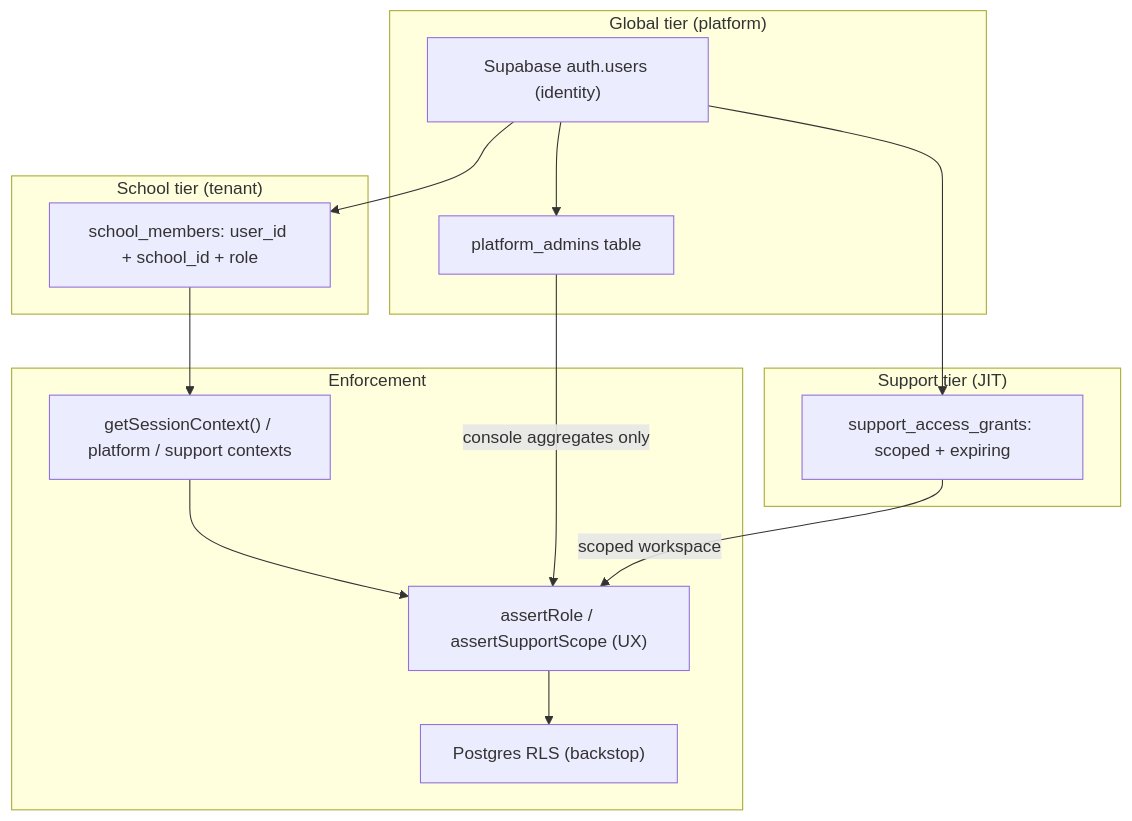
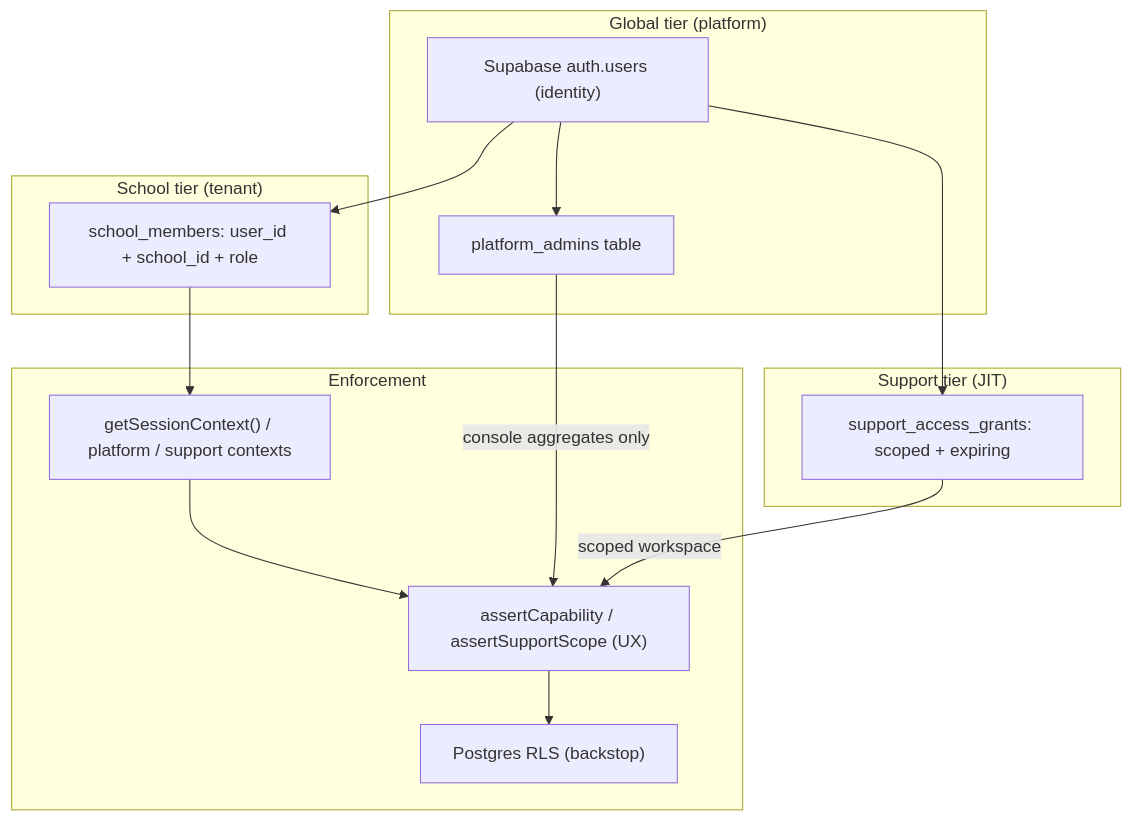
The diagram in docs/architecture/auth/rbac-model.md (khedhar108/EduBridgeAI), drawn with Mermaid before and after one commit. The commit also changed other lines of this file and 206 other files, not shown here.

````diff
--- a/docs/architecture/auth/rbac-model.md
+++ b/docs/architecture/auth/rbac-model.md
@@ -19,24 +19,24 @@
 ```mermaid
 flowchart TD
     subgraph Global["Global tier (platform)"]
         authUsers["Supabase auth.users (identity)"]
         platformAdmins["platform_admins table"]
     end
     subgraph School["School tier (tenant)"]
         members["school_members: user_id + school_id + role"]
     end
     subgraph Support["Support tier (JIT)"]
         grants["support_access_grants: scoped + expiring"]
     end
     subgraph Enforcement["Enforcement"]
         ctx["getSessionContext() / platform / support contexts"]
-        guard["assertRole / assertSupportScope (UX)"]
+        guard["assertCapability / assertSupportScope (UX)"]
         rls["Postgres RLS (backstop)"]
     end
     authUsers --> members
     authUsers --> platformAdmins
     authUsers --> grants
     members --> ctx --> guard --> rls
     platformAdmins -->|"console aggregates only"| guard
     grants -->|"scoped workspace"| guard
 ```
````
